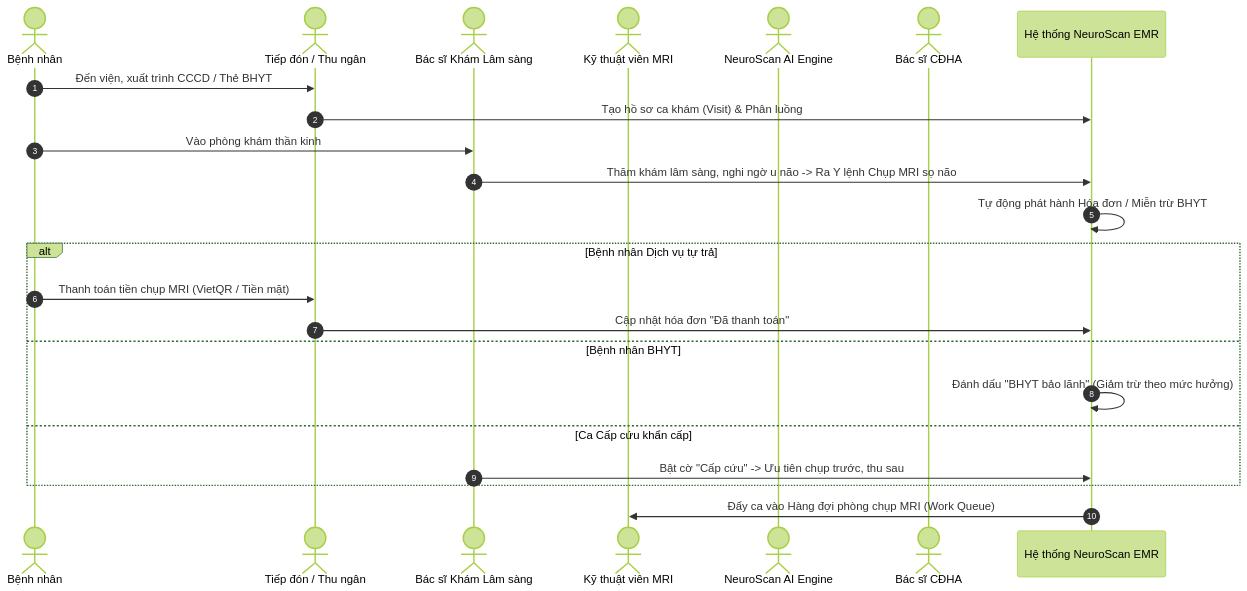
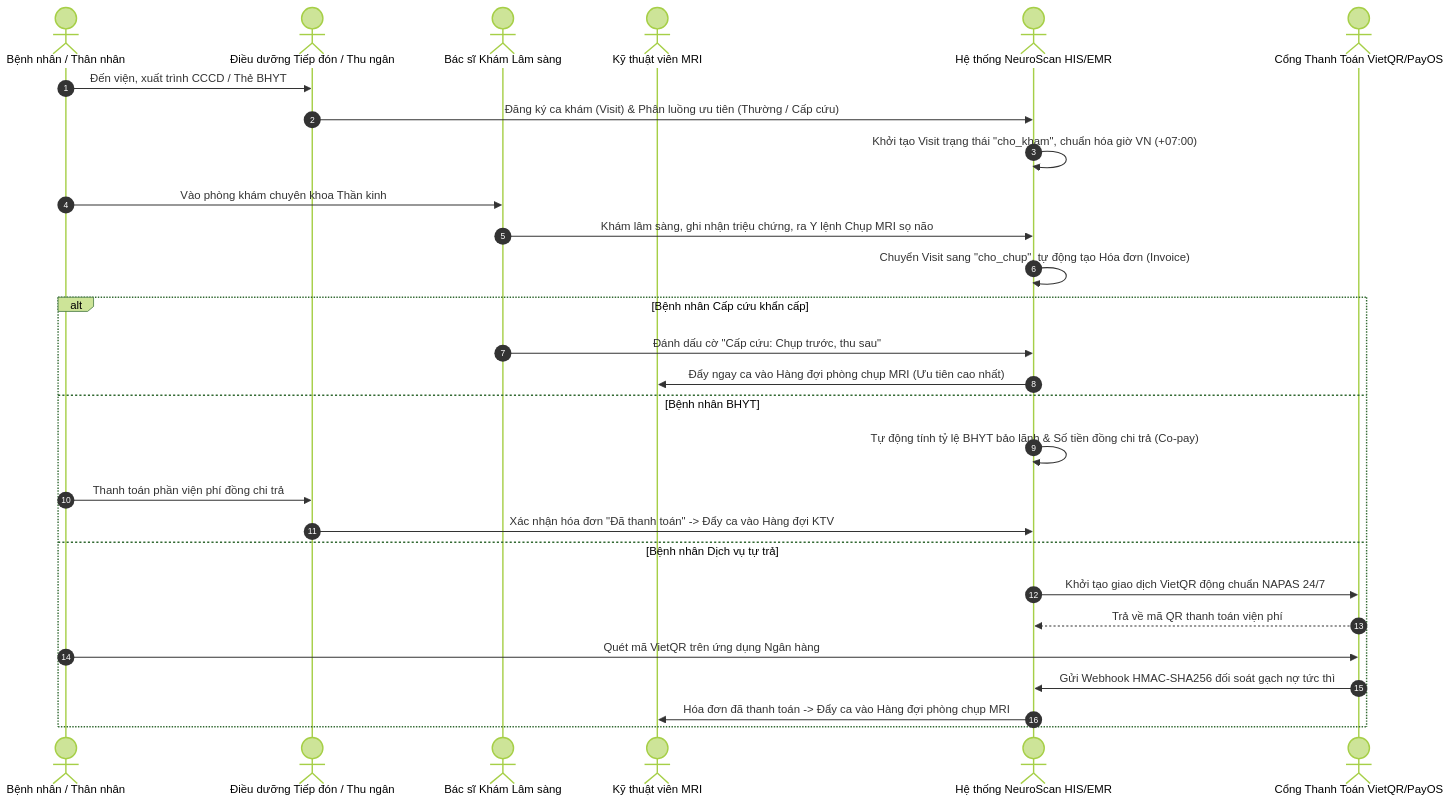
Before and after one commit to ntthanh2357/mri: the first of 3 diagrams in docs/02_nghiep_vu_va_quy_trinh_benh_vien.md, drawn with Mermaid (forest theme). The commit also changed other lines of this file and 94 other files, not shown here.

````diff
--- a/docs/02_nghiep_vu_va_quy_trinh_benh_vien.md
+++ b/docs/02_nghiep_vu_va_quy_trinh_benh_vien.md
@@ -36,26 +59,32 @@
 ```mermaid
 sequenceDiagram
     autonumber
-    actor BN as Bệnh nhân
-    actor TN as Tiếp đón / Thu ngân
+    actor BN as Bệnh nhân / Thân nhân
+    actor TN as Điều dưỡng Tiếp đón / Thu ngân
     actor BS as Bác sĩ Khám Lâm sàng
     actor KTV as Kỹ thuật viên MRI
-    actor AI as NeuroScan AI Engine
-    actor BSCĐ as Bác sĩ CĐHA
-    participant SYS as Hệ thống NeuroScan EMR
+    actor SYS as Hệ thống NeuroScan HIS/EMR
+    actor PAYOS as Cổng Thanh Toán VietQR/PayOS
 
     BN->>TN: Đến viện, xuất trình CCCD / Thẻ BHYT
-    TN->>SYS: Tạo hồ sơ ca khám (Visit) & Phân luồng
-    BN->>BS: Vào phòng khám thần kinh
-    BS->>SYS: Thăm khám lâm sàng, nghi ngờ u não -> Ra Y lệnh Chụp MRI sọ não
-    SYS->>SYS: Tự động phát hành Hóa đơn / Miễn trừ BHYT
-    alt Bệnh nhân Dịch vụ tự trả
-        BN->>TN: Thanh toán tiền chụp MRI (VietQR / Tiền mặt)
-        TN->>SYS: Cập nhật hóa đơn "Đã thanh toán"
+    TN->>SYS: Đăng ký ca khám (Visit) & Phân luồng ưu tiên (Thường / Cấp cứu)
+    SYS->>SYS: Khởi tạo Visit trạng thái "cho_kham", chuẩn hóa giờ VN (+07:00)
+    BN->>BS: Vào phòng khám chuyên khoa Thần kinh
+    BS->>SYS: Khám lâm sàng, ghi nhận triệu chứng, ra Y lệnh Chụp MRI sọ não
+    SYS->>SYS: Chuyển Visit sang "cho_chup", tự động tạo Hóa đơn (Invoice)
+    
+    alt Bệnh nhân Cấp cứu khẩn cấp
+        BS->>SYS: Đánh dấu cờ "Cấp cứu: Chụp trước, thu sau"
+        SYS->>KTV: Đẩy ngay ca vào Hàng đợi phòng chụp MRI (Ưu tiên cao nhất)
     else Bệnh nhân BHYT
-        SYS->>SYS: Đánh dấu "BHYT bảo lãnh" (Giảm trừ theo mức hưởng)
-    else Ca Cấp cứu khẩn cấp
-        BS->>SYS: Bật cờ "Cấp cứu" -> Ưu tiên chụp trước, thu sau
+        SYS->>SYS: Tự động tính tỷ lệ BHYT bảo lãnh & Số tiền đồng chi trả (Co-pay)
+        BN->>TN: Thanh toán phần viện phí đồng chi trả
+        TN->>SYS: Xác nhận hóa đơn "Đã thanh toán" -> Đẩy ca vào Hàng đợi KTV
+    else Bệnh nhân Dịch vụ tự trả
+        SYS->>PAYOS: Khởi tạo giao dịch VietQR động chuẩn NAPAS 24/7
+        PAYOS-->>SYS: Trả về mã QR thanh toán viện phí
+        BN->>PAYOS: Quét mã VietQR trên ứng dụng Ngân hàng
+        PAYOS->>SYS: Gửi Webhook HMAC-SHA256 đối soát gạch nợ tức thì
+        SYS->>KTV: Hóa đơn đã thanh toán -> Đẩy ca vào Hàng đợi phòng chụp MRI
     end
-    SYS->>KTV: Đẩy ca vào Hàng đợi phòng chụp MRI (Work Queue)
 ```
````
